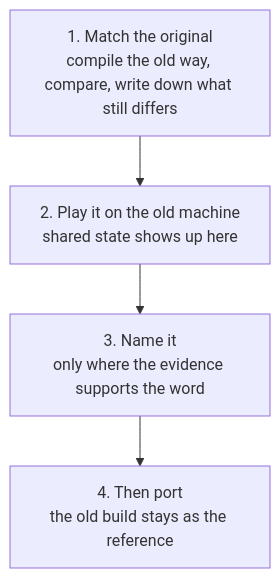
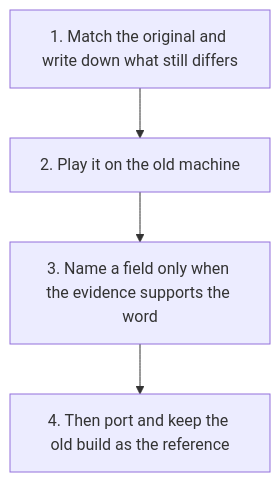
One commit to FirePheonix/cognitive changed the fifth of 6 diagrams in content/docs/mdx/part-10-field-notes/chapter-27-reverse-engineer-anything/index.mdx. Above: the diagram before and after it, drawn with Mermaid. The commit also changed other lines of this file and 6 other files, not shown here.

Commit message:
Add the books page and fix the reverse-engineering flowcharts.

````diff
--- a/content/docs/mdx/part-10-field-notes/chapter-27-reverse-engineer-anything/index.mdx
+++ b/content/docs/mdx/part-10-field-notes/chapter-27-reverse-engineer-anything/index.mdx
@@ -213,8 +213,6 @@
 ```mermaid
 flowchart TD
-  Exact["1. Match the original<br/>compile the old way, compare, write down what still differs"]
-  Play["2. Play it on the old machine<br/>shared state shows up here"]
-  Name["3. Name it<br/>only where the evidence supports the word"]
-  Port["4. Then port<br/>the old build stays as the reference"]
-  Exact --> Play --> Name --> Port
+  Exact["1. Match the original and write down what still differs"] --> Play["2. Play it on the old machine"]
+  Play --> Name["3. Name a field only when the evidence supports the word"]
+  Name --> Port["4. Then port and keep the old build as the reference"]
 ```
````
